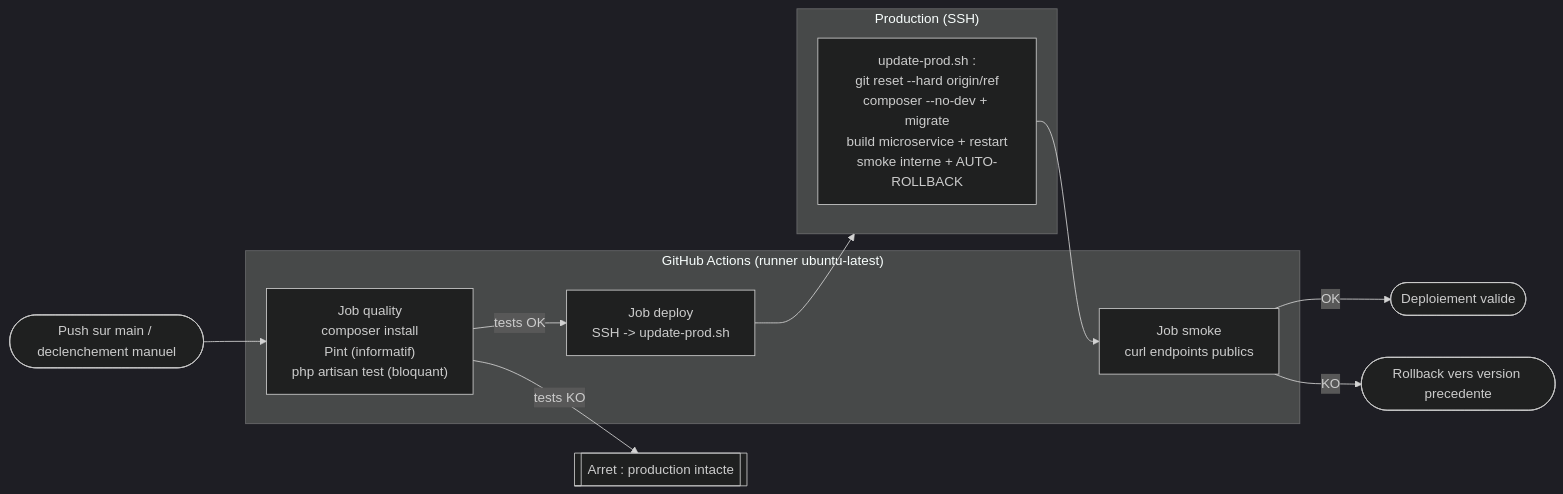
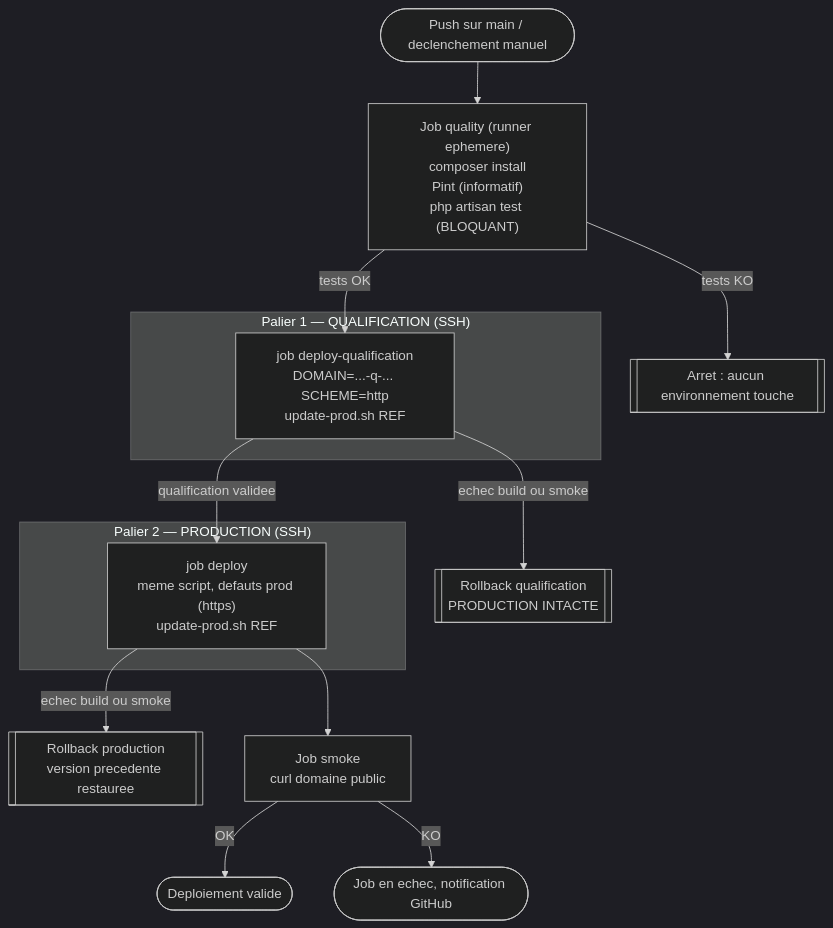
The diagram in livrables/03_deploiement_ci_cd.md (LSAleo/dfs-bloc4-evaluation-app), drawn with Mermaid (dark theme) before and after one commit. The commit also changed other lines of this file and 2 other files, not shown here.

First line of the commit message:
fix(ci): promotion reelle qualification -> production et rollback couvrant la construction

````diff
--- a/livrables/03_deploiement_ci_cd.md
+++ b/livrables/03_deploiement_ci_cd.md
@@ -23,22 +26,25 @@
 ```mermaid
-flowchart LR
+flowchart TB
     Dev([Push sur main / declenchement manuel]) --> Q
 
-    subgraph GHA["GitHub Actions (runner ubuntu-latest)"]
-      Q["Job quality<br/>composer install<br/>Pint (informatif)<br/>php artisan test (bloquant)"]
-      D["Job deploy<br/>SSH -> update-prod.sh"]
-      S["Job smoke<br/>curl endpoints publics"]
+    Q["Job quality (runner ephemere)<br/>composer install<br/>Pint (informatif)<br/>php artisan test (BLOQUANT)"]
+    Q -- tests KO --> X[["Arret : aucun environnement touche"]]
+    Q -- tests OK --> DQ
+
+    subgraph P1["Palier 1 — QUALIFICATION (SSH)"]
+      DQ["job deploy-qualification<br/>DOMAIN=...-q-... SCHEME=http<br/>update-prod.sh REF"]
     end
 
-    Q -- tests OK --> D
-    Q -- tests KO --> X[["Arret : production intacte"]]
-    D --> PROD
+    DQ -- echec build ou smoke --> XQ[["Rollback qualification<br/>PRODUCTION INTACTE"]]
+    DQ -- qualification validee --> DP
 
-    subgraph PROD["Production (SSH)"]
-      U["update-prod.sh :<br/>git reset --hard origin/ref<br/>composer --no-dev + migrate<br/>build microservice + restart<br/>smoke interne + AUTO-ROLLBACK"]
+    subgraph P2["Palier 2 — PRODUCTION (SSH)"]
+      DP["job deploy<br/>meme script, defauts prod (https)<br/>update-prod.sh REF"]
     end
 
-    U --> S
+    DP -- echec build ou smoke --> XP[["Rollback production<br/>version precedente restauree"]]
+    DP --> S["Job smoke<br/>curl domaine public"]
+
     S -- OK --> OK([Deploiement valide])
-    S -- KO --> RB([Rollback vers version precedente])
+    S -- KO --> KO([Job en echec, notification GitHub])
 ```
````
